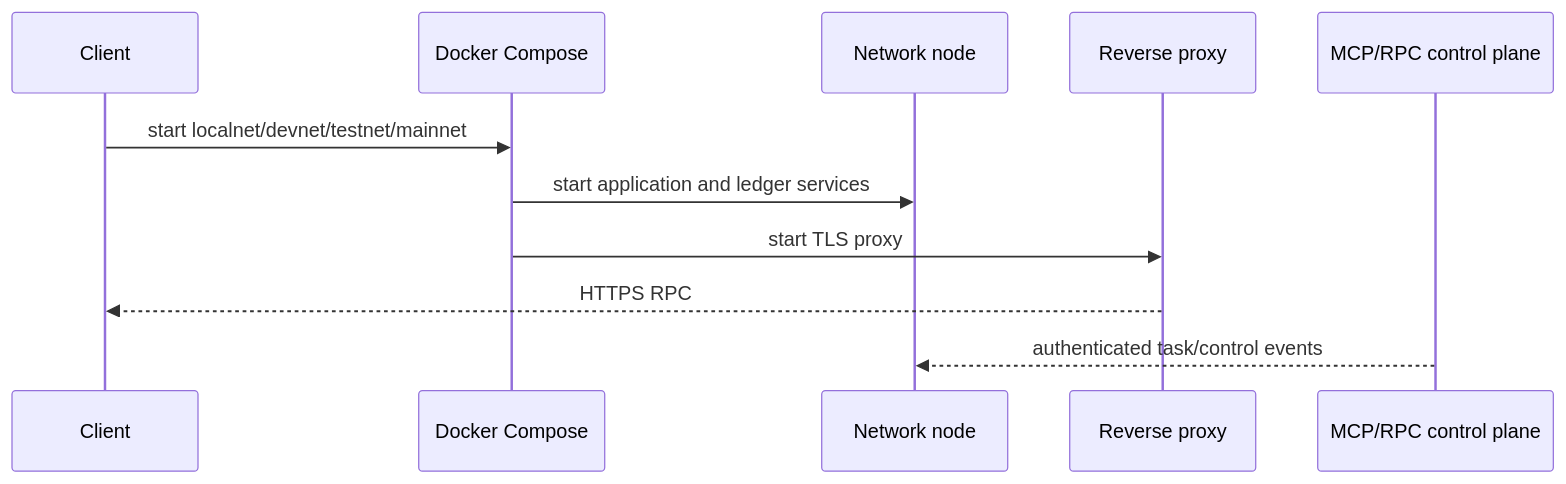
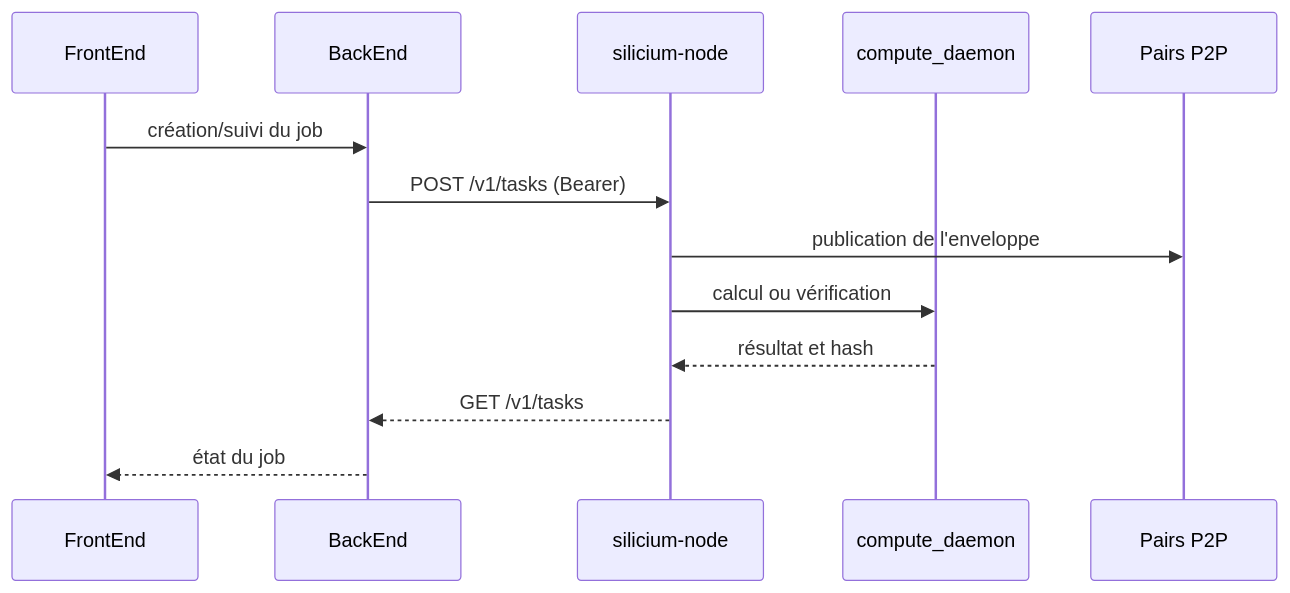
One commit to Silicium-Project/Fusion changed the second of 2 diagrams in docs/network-schema.md. Above: the diagram before and after it, drawn with Mermaid. The commit also changed other lines of this file and 11 other files, not shown here.

````diff
--- a/docs/network-schema.md
+++ b/docs/network-schema.md
@@ -67,14 +23,16 @@
 ```mermaid
 sequenceDiagram
-    participant C as Client
-    participant D as Docker Compose
-    participant N as Network node
-    participant P as Reverse proxy
-    participant M as MCP/RPC control plane
+    participant F as FrontEnd
+    participant B as BackEnd
+    participant N as silicium-node
+    participant C as compute_daemon
+    participant P as Pairs P2P
 
-    C->>D: start localnet/devnet/testnet/mainnet
-    D->>N: start application and ledger services
-    D->>P: start TLS proxy
-    P-->>C: HTTPS RPC
-    M-->>N: authenticated task/control events
+    F->>B: création/suivi du job
+    B->>N: POST /v1/tasks (Bearer)
+    N->>P: publication de l'enveloppe
+    N->>C: calcul ou vérification
+    C-->>N: résultat et hash
+    N-->>B: GET /v1/tasks
+    B-->>F: état du job
 ```
````
